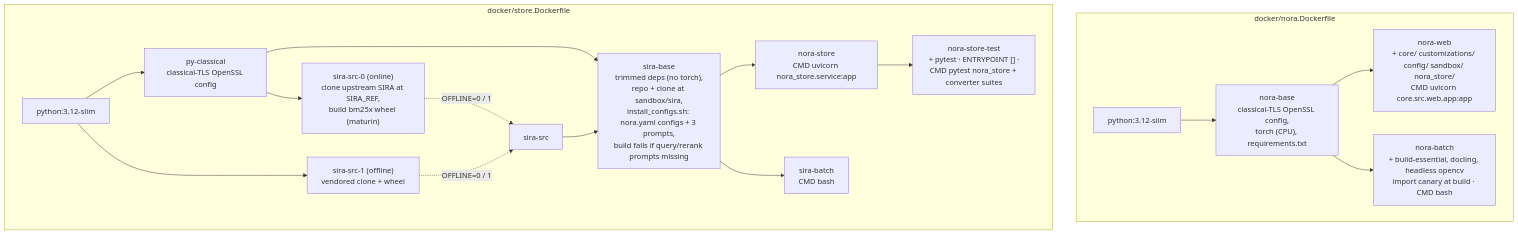
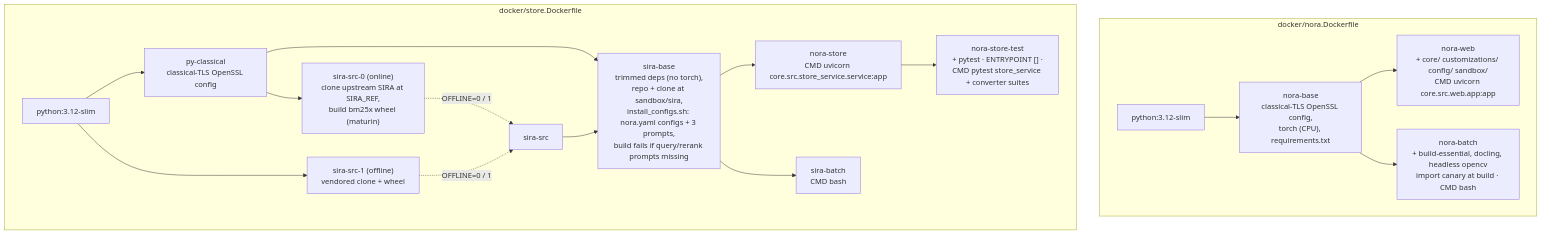
Before and after one commit to kurnoolion/nora: the second of 18 diagrams in docs/architecture.md, drawn with Mermaid. The commit also changed other lines of this file and 50 other files, not shown here.

First line of the commit message:
store service moves under core/src as store_service; the cell-name helpers and the refusal twin move into core so the service imports only core

````diff
--- a/docs/architecture.md
+++ b/docs/architecture.md
@@ -256,19 +256,19 @@
 ```mermaid
 flowchart TB
   subgraph nd["docker/nora.Dockerfile"]
     pyA["python:3.12-slim"] --> nbase["nora-base<br/>classical-TLS OpenSSL config,<br/>torch (CPU), requirements.txt"]
-    nbase --> nweb["nora-web<br/>+ core/ customizations/ config/ sandbox/ nora_store/<br/>CMD uvicorn core.src.web.app:app"]
+    nbase --> nweb["nora-web<br/>+ core/ customizations/ config/ sandbox/<br/>CMD uvicorn core.src.web.app:app"]
     nbase --> nbatch["nora-batch<br/>+ build-essential, docling, headless opencv<br/>import canary at build · CMD bash"]
   end
   subgraph sd["docker/store.Dockerfile"]
     pyB["python:3.12-slim"] --> pyc["py-classical<br/>classical-TLS OpenSSL config"]
     pyc --> src0["sira-src-0 (online)<br/>clone upstream SIRA at SIRA_REF,<br/>build bm25x wheel (maturin)"]
     pyB --> src1["sira-src-1 (offline)<br/>vendored clone + wheel"]
     src0 & src1 -.->|"OFFLINE=0 / 1"| ssrc["sira-src"]
     pyc --> sbase["sira-base<br/>trimmed deps (no torch),<br/>repo + clone at sandbox/sira,<br/>install_configs.sh: nora.yaml configs + 3 prompts,<br/>build fails if query/rerank prompts missing"]
     ssrc --> sbase
-    sbase --> nstore["nora-store<br/>CMD uvicorn nora_store.service:app"]
+    sbase --> nstore["nora-store<br/>CMD uvicorn core.src.store_service.service:app"]
     sbase --> sbatch["sira-batch<br/>CMD bash"]
-    nstore --> ntest["nora-store-test<br/>+ pytest · ENTRYPOINT [] ·<br/>CMD pytest nora_store + converter suites"]
+    nstore --> ntest["nora-store-test<br/>+ pytest · ENTRYPOINT [] ·<br/>CMD pytest store_service + converter suites"]
   end
 ```
````
